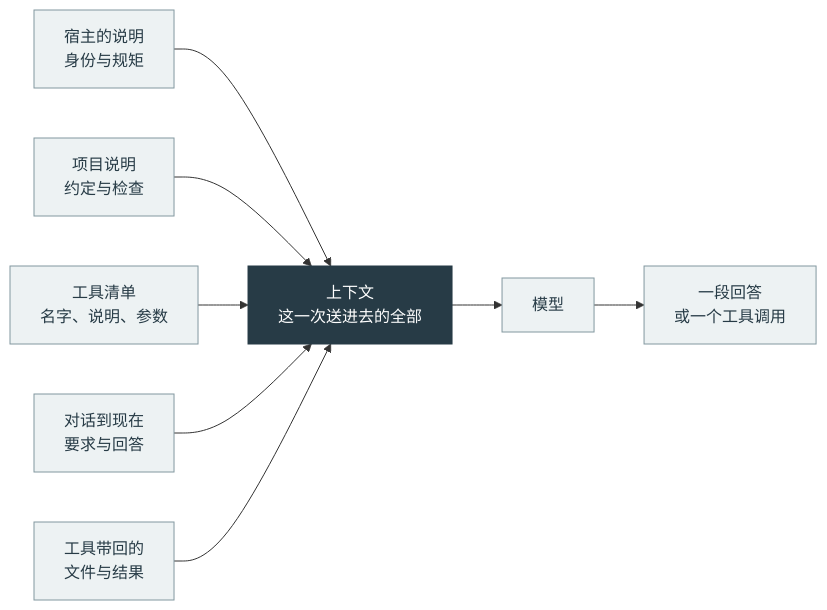
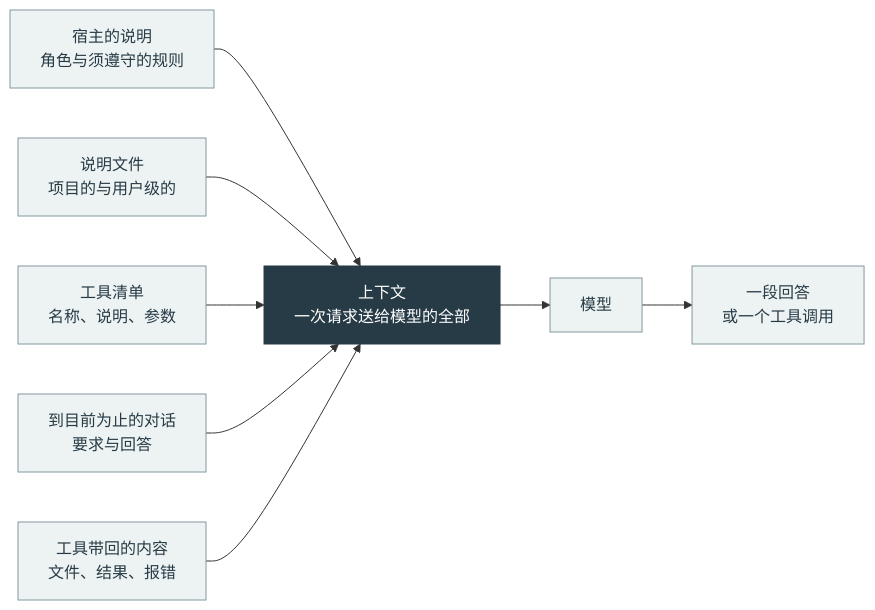
The diagram in diagrams/context.mmd (HengYangDS/rethinking-work), drawn with Mermaid before and after one commit. The commit also changed 45 other files, not shown here.

```diff
--- a/diagrams/context.mmd
+++ b/diagrams/context.mmd
@@ -1,13 +1,13 @@
 flowchart LR
- S["宿主的说明<br/>身份与规矩"] --> C
- P["项目说明<br/>约定与检查"] --> C
- T["工具清单<br/>名字、说明、参数"] --> C
- H["对话到现在<br/>要求与回答"] --> C
- R["工具带回的<br/>文件与结果"] --> C
- C["上下文<br/>这一次送进去的全部"] --> M["模型"]
+ S["宿主的说明<br/>角色与须遵守的规则"] --> C
+ P["说明文件<br/>项目的与用户级的"] --> C
+ T["工具清单<br/>名称、说明、参数"] --> C
+ H["到目前为止的对话<br/>要求与回答"] --> C
+ R["工具带回的内容<br/>文件、结果、报错"] --> C
+ C["上下文<br/>一次请求送给模型的全部"] --> M["模型"]
  M --> O["一段回答<br/>或一个工具调用"]
 
 classDef base fill:#edf2f3,stroke:#82979f,color:#273b46,stroke-width:1px;
 classDef focus fill:#273b46,stroke:#273b46,color:#ffffff,stroke-width:1px;
 class S,P,T,H,R,M,O base;
 class C focus;
```
